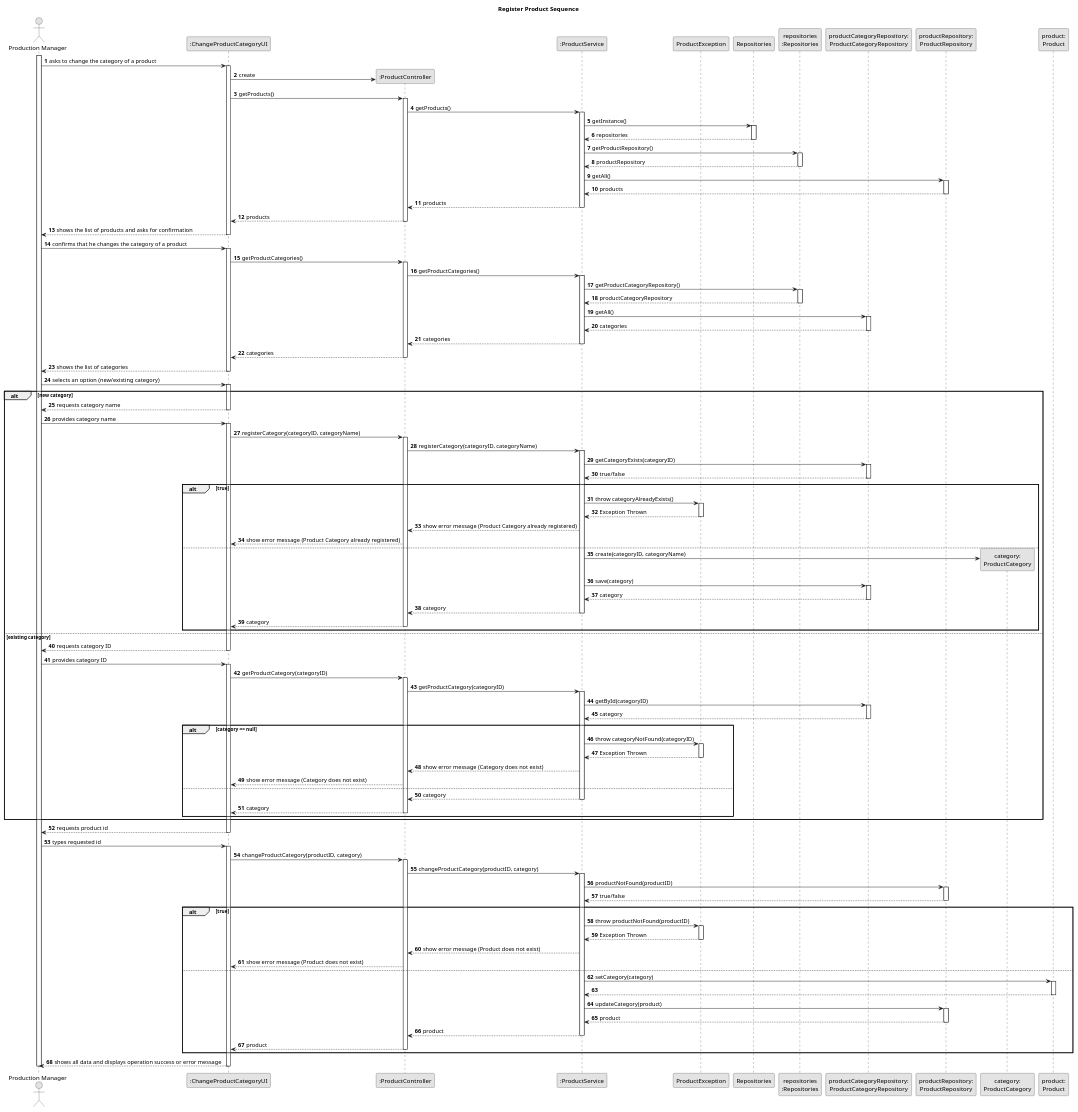
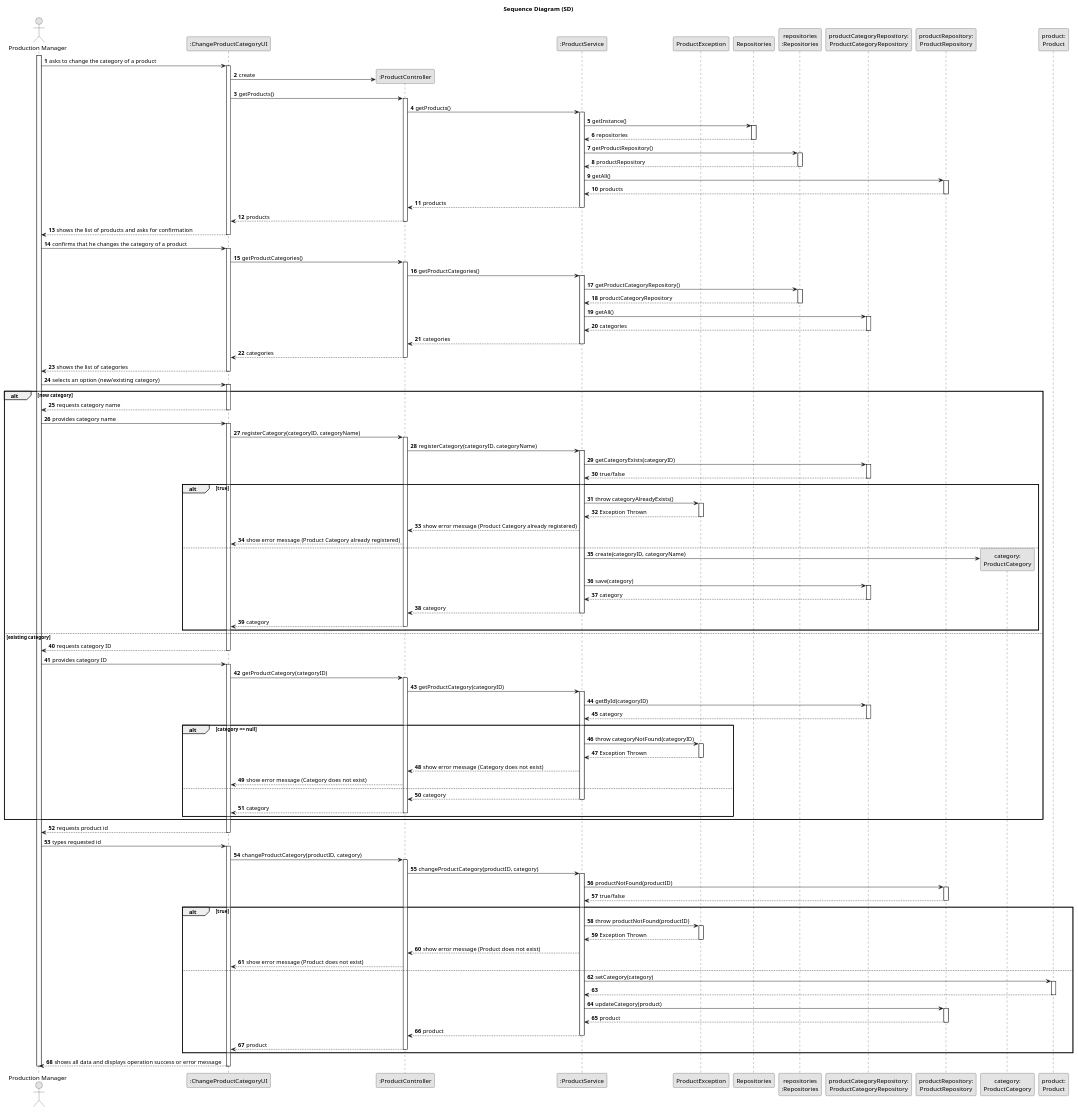
Before and after one commit to daniel41silva05/Production_Control_Industrial_ISEP: the diagram in documentation/user-stories/us011/03.design/puml/us011-sequence-diagram.puml, drawn with PlantUML. The commit also changed 18 other files, not shown here.

Commit message:
US11 sequence diagram and tests

```diff
--- a/documentation/user-stories/us011/03.design/puml/us011-sequence-diagram.puml
+++ b/documentation/user-stories/us011/03.design/puml/us011-sequence-diagram.puml
@@ -3,7 +3,7 @@
 skinparam packageStyle rectangle
 skinparam shadowing false
 
-title System Sequence Diagram (SSD)
+title Sequence Diagram (SD)
 
 autonumber
 
@@ -18,8 +18,6 @@
 participant "productRepository:\nProductRepository" as productRepository
 participant "category:\nProductCategory" as CATEGORY
 participant "product:\nProduct" as PRODUCT
-
-title Register Product Sequence
 
 activate PM
     PM -> UI : asks to change the category of a product
```
